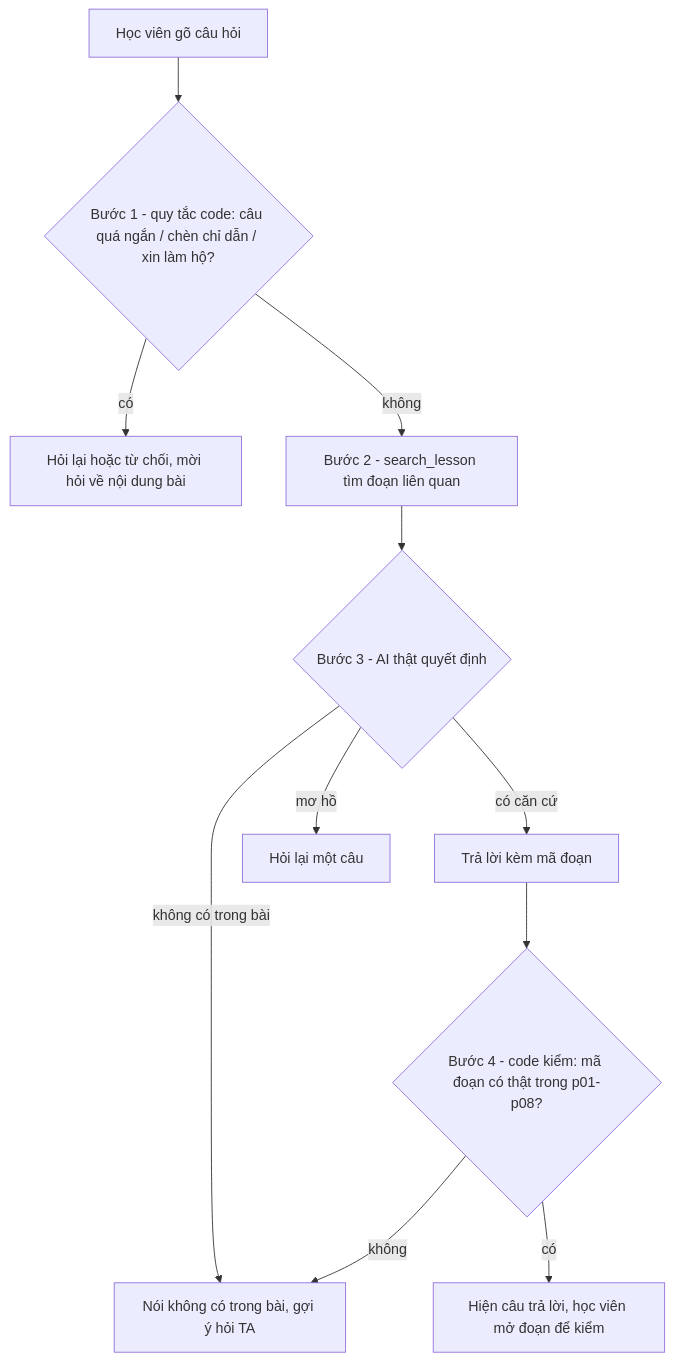
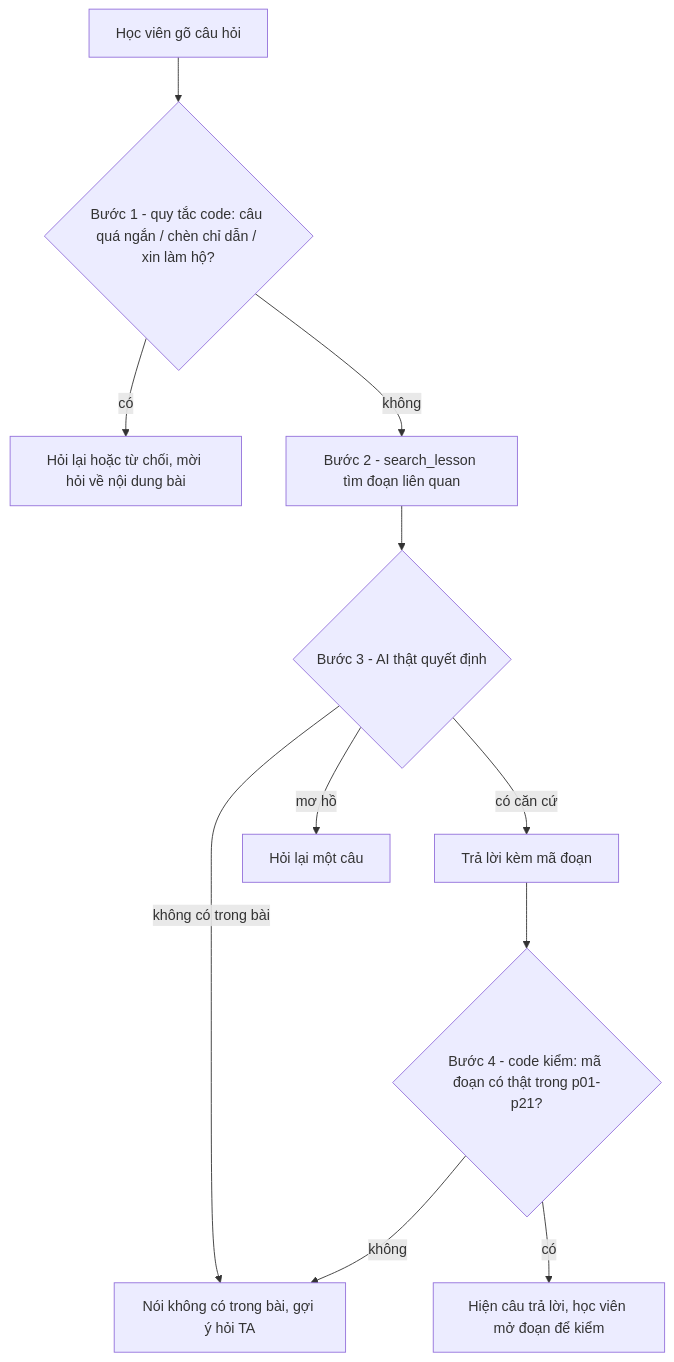
The diagram in spec.md (24022404/24022-K5-Day15-L3A-Fightingggg), drawn with Mermaid before and after one commit. The commit also changed other lines of this file and 16 other files, not shown here.

````diff
--- a/spec.md
+++ b/spec.md
@@ -40,13 +40,13 @@
 ```mermaid
 flowchart TD
   A[Học viên gõ câu hỏi] --> B{Bước 1 - quy tắc code: câu quá ngắn / chèn chỉ dẫn / xin làm hộ?}
   B -- có --> R1[Hỏi lại hoặc từ chối, mời hỏi về nội dung bài]
   B -- không --> C[Bước 2 - search_lesson tìm đoạn liên quan]
   C --> D{Bước 3 - AI thật quyết định}
   D -- có căn cứ --> E[Trả lời kèm mã đoạn]
   D -- mơ hồ --> F[Hỏi lại một câu]
   D -- không có trong bài --> G[Nói không có trong bài, gợi ý hỏi TA]
-  E --> H{Bước 4 - code kiểm: mã đoạn có thật trong p01-p08?}
+  E --> H{Bước 4 - code kiểm: mã đoạn có thật trong p01-p21?}
   H -- không --> G
   H -- có --> I[Hiện câu trả lời, học viên mở đoạn để kiểm]
 ```
````
